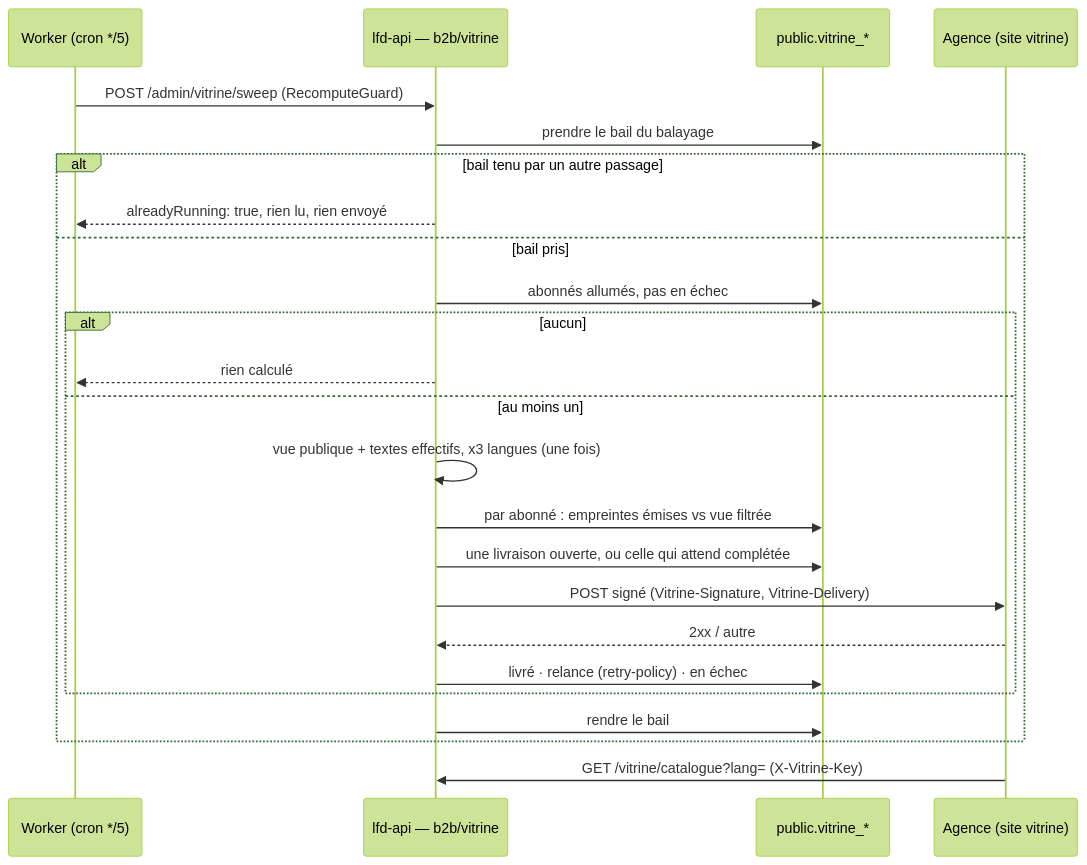
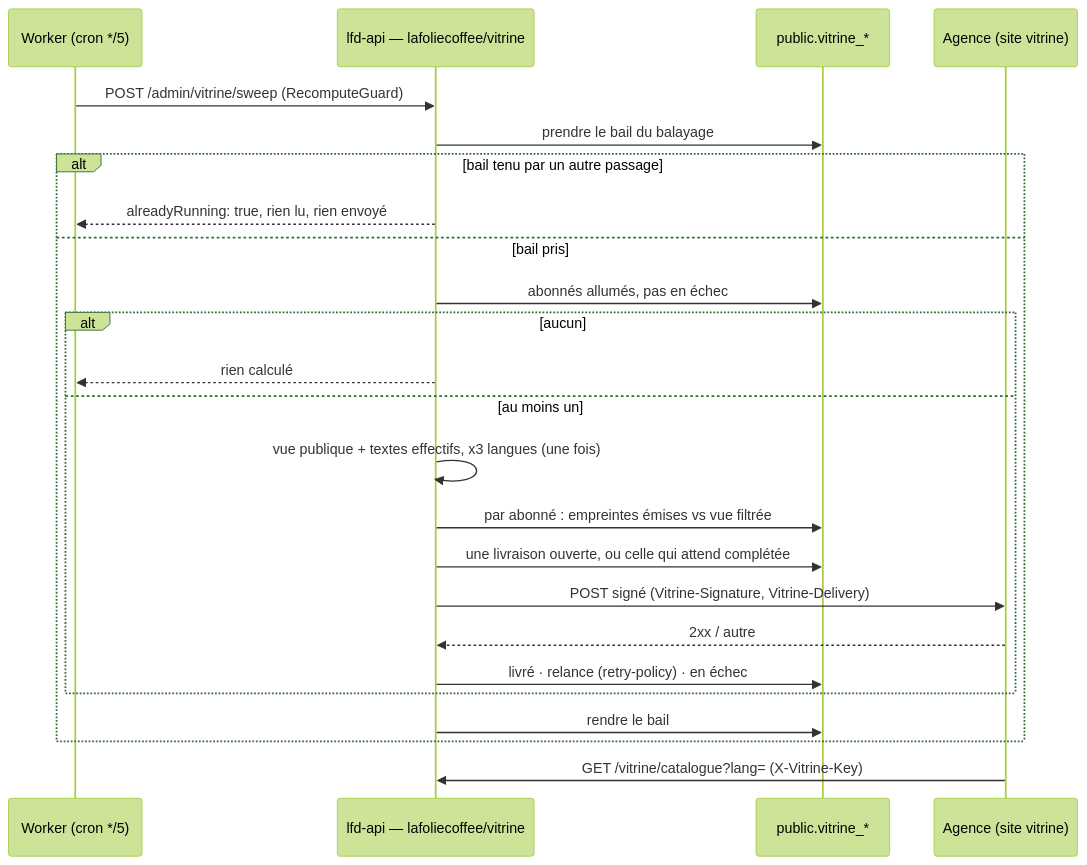
The first of 2 diagrams in documentation/webhooks/vitrine.md (hugoheynard/lfd), drawn with Mermaid (forest theme) before and after one commit. The commit also changed other lines of this file and 6369 other files, not shown here.

First line of the commit message:
refactor(api): le bloc b2b devient lafoliecoffee

````diff
--- a/documentation/webhooks/vitrine.md
+++ b/documentation/webhooks/vitrine.md
@@ -56,26 +56,26 @@
 ```mermaid
 sequenceDiagram
     participant W as Worker (cron */5)
-    participant API as lfd-api — b2b/vitrine
+    participant API as lfd-api — lafoliecoffee/vitrine
     participant DB as public.vitrine_*
     participant A as Agence (site vitrine)
     W->>API: POST /admin/vitrine/sweep (RecomputeGuard)
     API->>DB: prendre le bail du balayage
     alt bail tenu par un autre passage
         API-->>W: alreadyRunning: true, rien lu, rien envoyé
     else bail pris
         API->>DB: abonnés allumés, pas en échec
         alt aucun
             API-->>W: rien calculé
         else au moins un
             API->>API: vue publique + textes effectifs, x3 langues (une fois)
             API->>DB: par abonné : empreintes émises vs vue filtrée
             API->>DB: une livraison ouverte, ou celle qui attend complétée
             API->>A: POST signé (Vitrine-Signature, Vitrine-Delivery)
             A-->>API: 2xx / autre
             API->>DB: livré · relance (retry-policy) · en échec
         end
         API->>DB: rendre le bail
     end
     A->>API: GET /vitrine/catalogue?lang= (X-Vitrine-Key)
 ```
````
